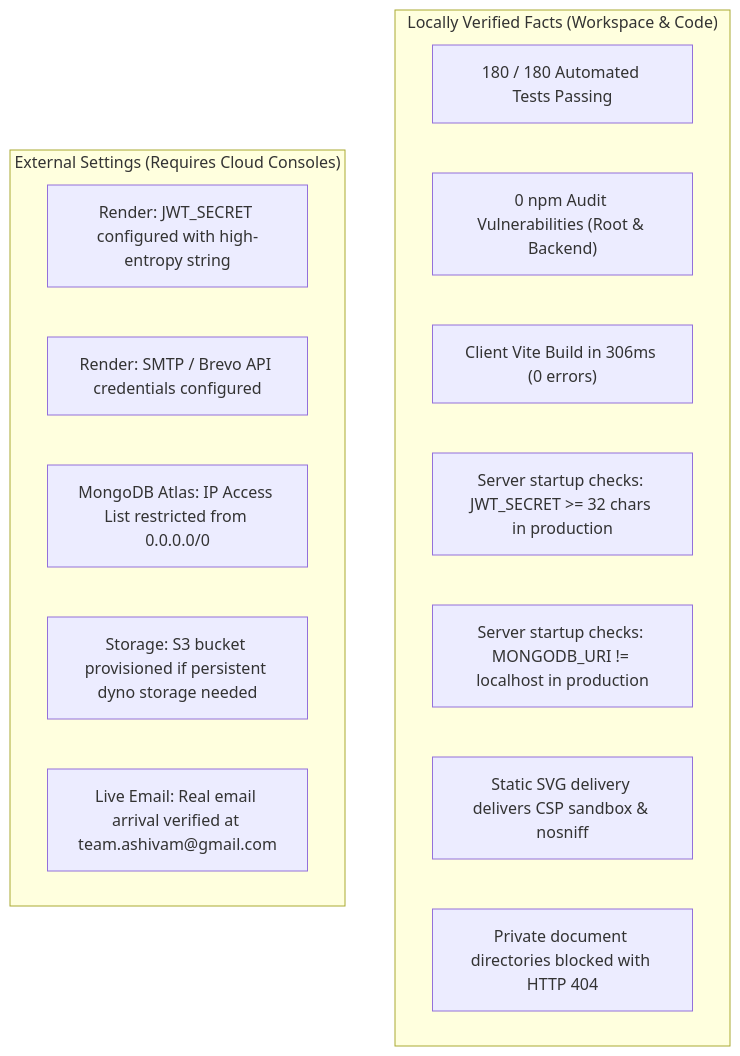
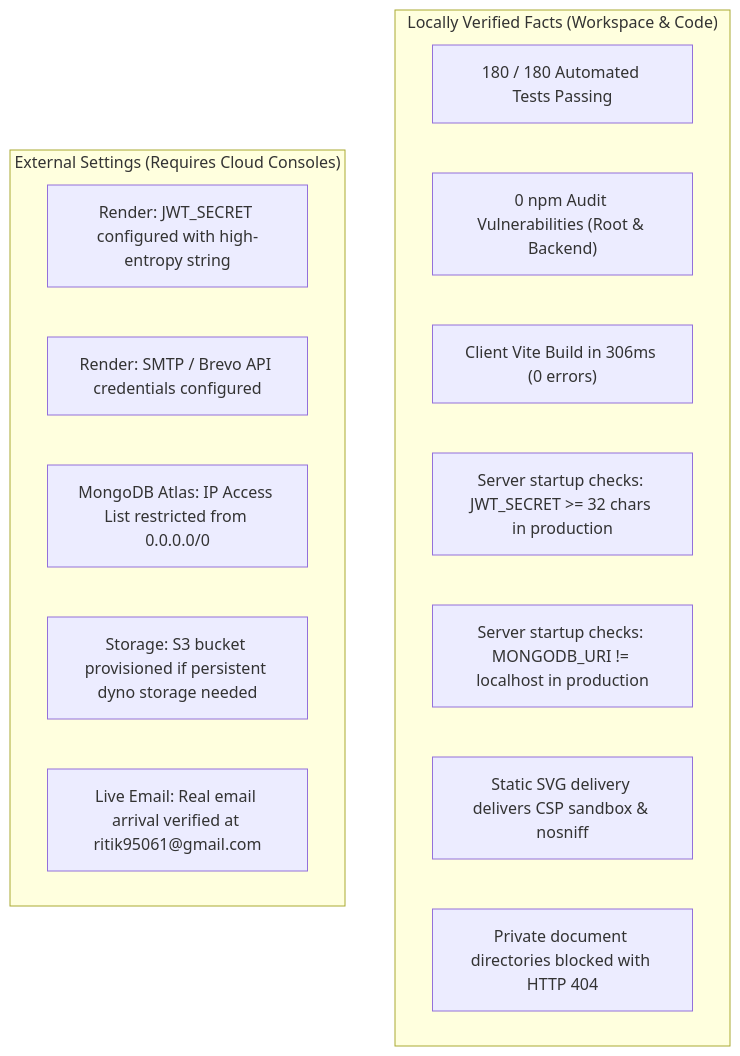
The diagram in svg_security_review_report.md (Ritikgupta-tech/ashivam-tecH), drawn with Mermaid before and after one commit. The commit also changed other lines of this file and 6 other files, not shown here.

````diff
--- a/svg_security_review_report.md
+++ b/svg_security_review_report.md
@@ -124,19 +124,19 @@
 ```mermaid
 flowchart TD
     subgraph Verified["Locally Verified Facts (Workspace & Code)"]
         V1["180 / 180 Automated Tests Passing"]
         V2["0 npm Audit Vulnerabilities (Root & Backend)"]
         V3["Client Vite Build in 306ms (0 errors)"]
         V4["Server startup checks: JWT_SECRET >= 32 chars in production"]
         V5["Server startup checks: MONGODB_URI != localhost in production"]
         V6["Static SVG delivery delivers CSP sandbox & nosniff"]
         V7["Private document directories blocked with HTTP 404"]
     end
     subgraph External["External Settings (Requires Cloud Consoles)"]
         E1["Render: JWT_SECRET configured with high-entropy string"]
         E2["Render: SMTP / Brevo API credentials configured"]
         E3["MongoDB Atlas: IP Access List restricted from 0.0.0.0/0"]
         E4["Storage: S3 bucket provisioned if persistent dyno storage needed"]
-        E5["Live Email: Real email arrival verified at team.ashivam@gmail.com"]
+        E5["Live Email: Real email arrival verified at ritik95061@gmail.com"]
     end
 ```
````
